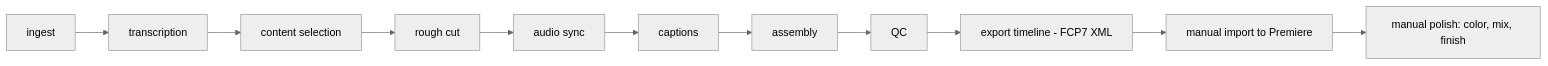
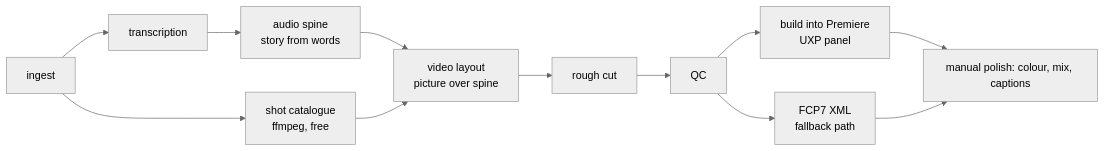
One commit to oroofarm-lang/Premier-edit changed the diagram in Volt/Pipeline and Agents.md. Above: the diagram before and after it, drawn with Mermaid (neutral theme). The commit also changed other lines of this file and 3 other files, not shown here.

````diff
--- a/Volt/Pipeline and Agents.md
+++ b/Volt/Pipeline and Agents.md
@@ -16,13 +16,14 @@
 ```mermaid
 graph LR
     A[ingest] --> B[transcription]
-    B --> C[content selection]
-    C --> D[rough cut]
-    D --> E[audio sync]
-    E --> F[captions]
-    F --> G[assembly]
-    G --> H[QC]
-    H --> I[export timeline - FCP7 XML]
-    I --> J[manual import to Premiere]
-    J --> K[manual polish: color, mix, finish]
+    B --> C[audio spine<br/>story from words]
+    A --> S[shot catalogue<br/>ffmpeg, free]
+    C --> V[video layout<br/>picture over spine]
+    S --> V
+    V --> D[rough cut]
+    D --> Q[QC]
+    Q --> P[build into Premiere<br/>UXP panel]
+    Q --> X[FCP7 XML<br/>fallback path]
+    P --> M[manual polish: colour, mix, captions]
+    X --> M
 ```
````
